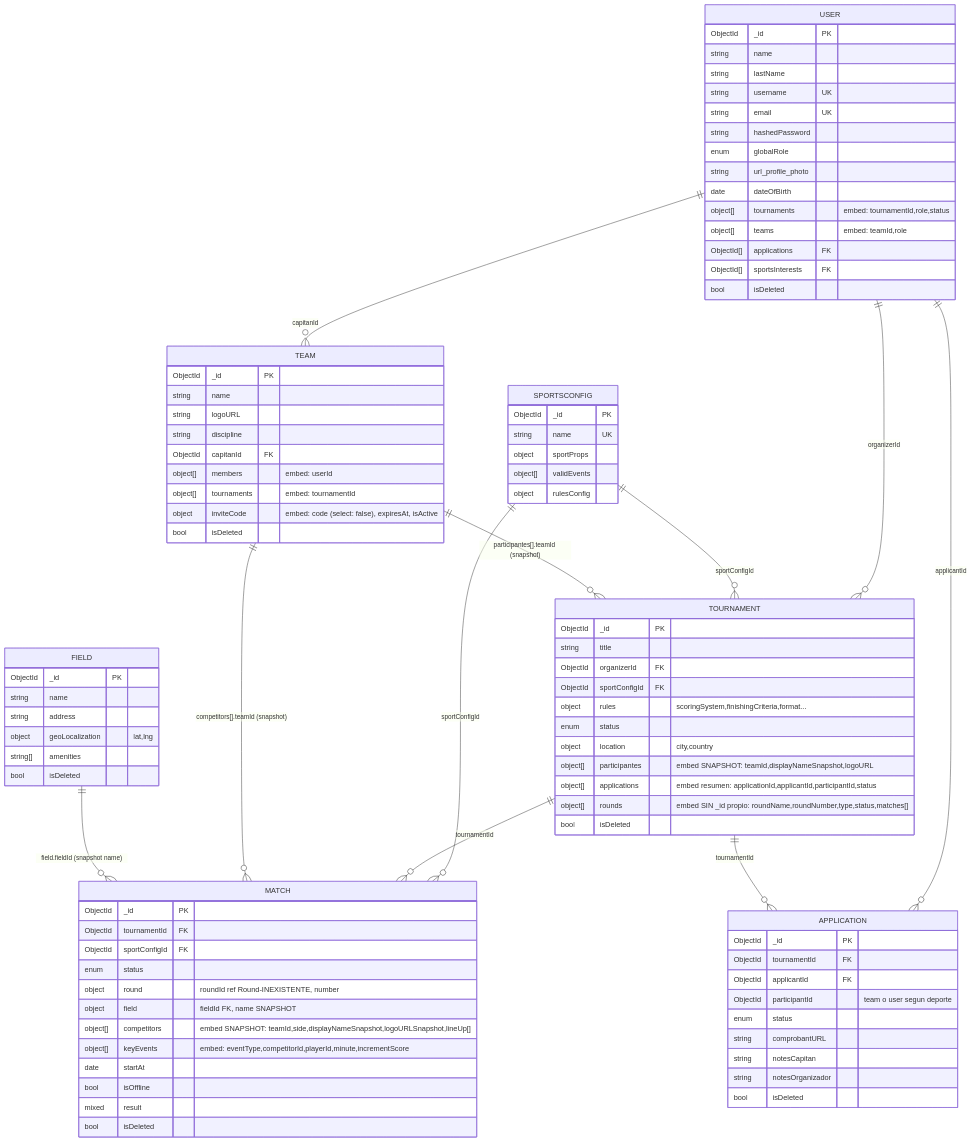
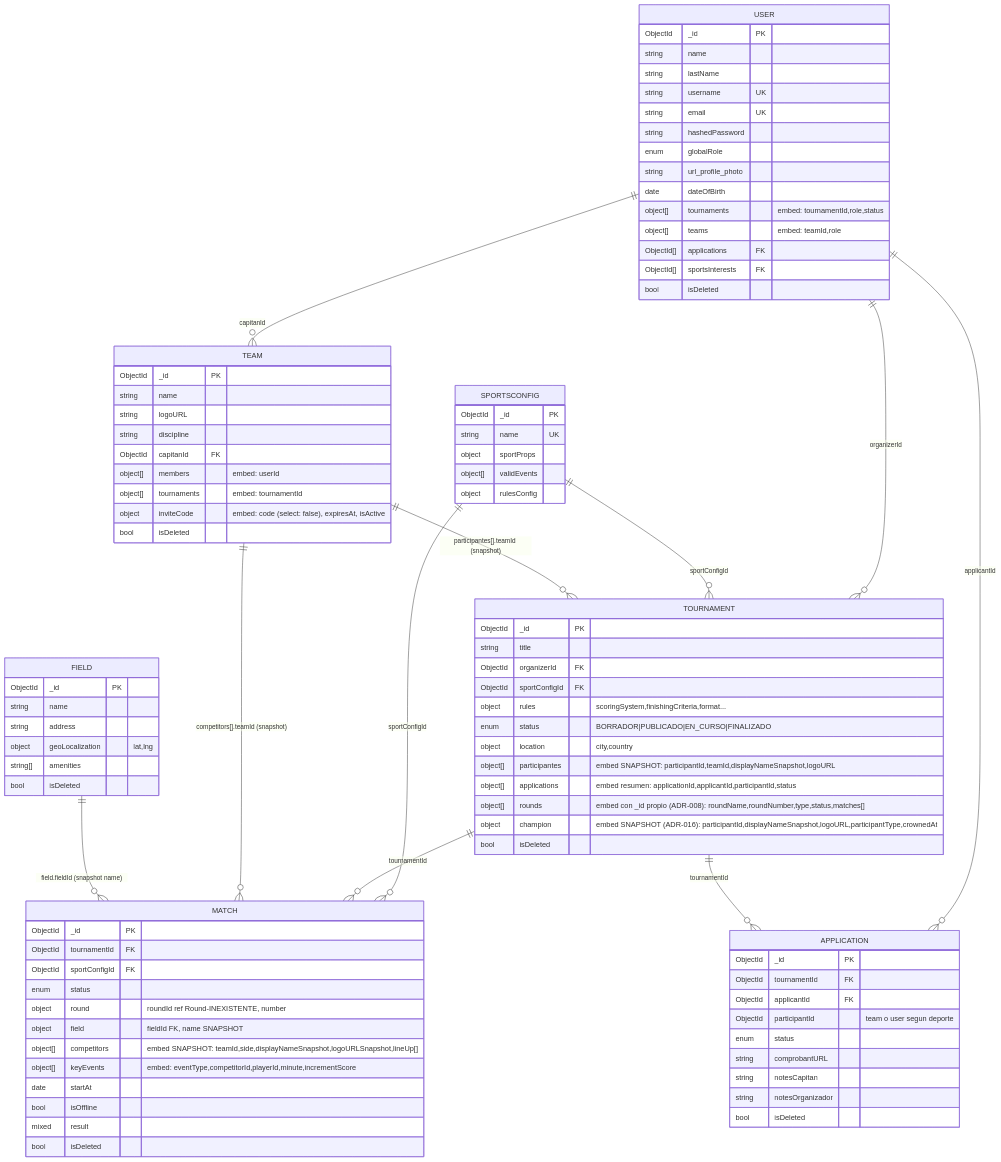
One commit to RamiroRodriguezC/gestor-torneos changed the diagram in contexto/04-Modelo-de-Datos (1).md. Above: the diagram before and after it, drawn with Mermaid. The commit also changed other lines of this file and 4 other files, not shown here.

```diff
--- a/contexto/04-Modelo-de-Datos (1).md
+++ b/contexto/04-Modelo-de-Datos (1).md
@@ -58,11 +58,12 @@
         ObjectId organizerId FK
         ObjectId sportConfigId FK
         object rules "scoringSystem,finishingCriteria,format..."
-        enum status
+        enum status "BORRADOR|PUBLICADO|EN_CURSO|FINALIZADO"
         object location "city,country"
-        object[] participantes "embed SNAPSHOT: teamId,displayNameSnapshot,logoURL"
+        object[] participantes "embed SNAPSHOT: participantId,teamId,displayNameSnapshot,logoURL"
         object[] applications "embed resumen: applicationId,applicantId,participantId,status"
-        object[] rounds "embed SIN _id propio: roundName,roundNumber,type,status,matches[]"
+        object[] rounds "embed con _id propio (ADR-008): roundName,roundNumber,type,status,matches[]"
+        object champion "embed SNAPSHOT (ADR-016): participantId,displayNameSnapshot,logoURL,participantType,crownedAt"
         bool isDeleted
     }
 
```
